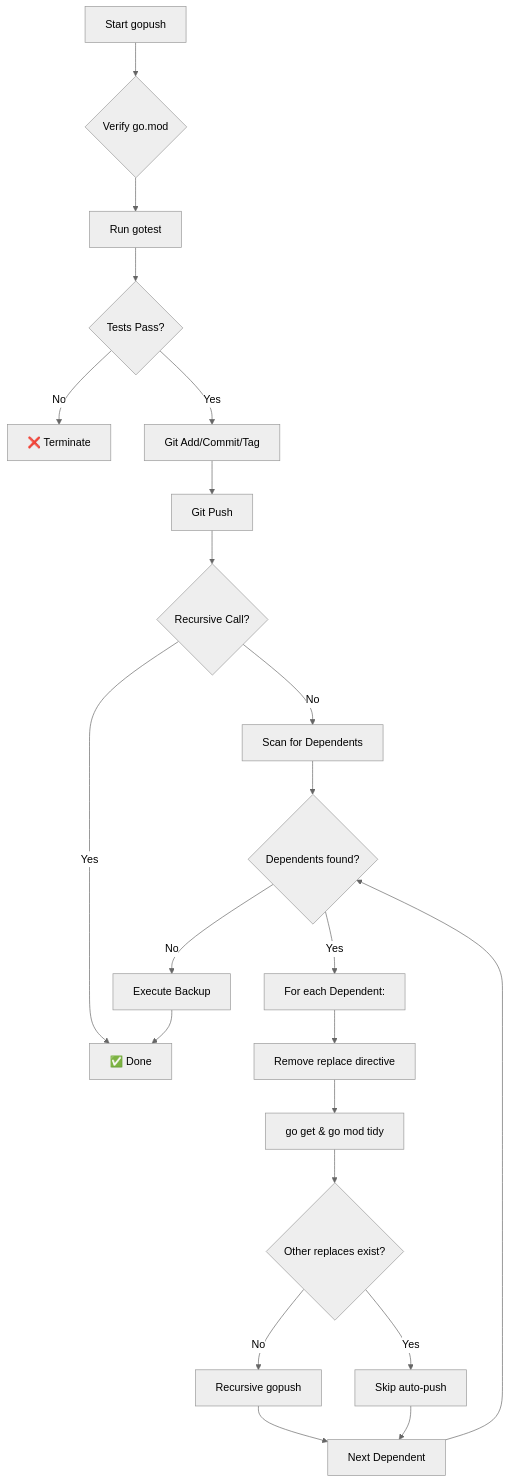
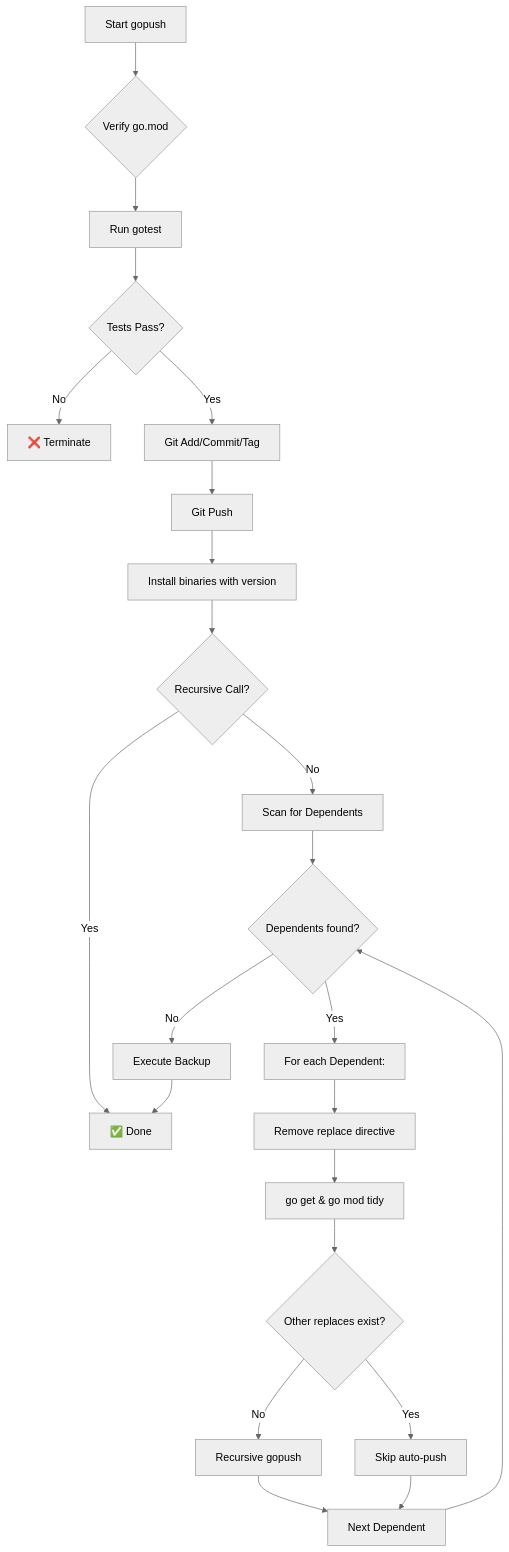
The diagram in docs/GOPUSH.md (tinywasm/devflow), drawn with Mermaid (neutral theme) before and after one commit. The commit also changed other lines of this file and 5 other files, not shown here.

Commit message:
feat: introduce `Go.Install` method for automated binary installation with version injection and integrate it into the `gopush` workflow.

````diff
--- a/docs/GOPUSH.md
+++ b/docs/GOPUSH.md
@@ -32,24 +33,25 @@
 ```mermaid
 graph TD
     A[Start gopush] --> B{Verify go.mod}
     B --> C[Run gotest]
     C --> D{Tests Pass?}
     D -- No --> E[❌ Terminate]
     D -- Yes --> F[Git Add/Commit/Tag]
     F --> G[Git Push]
-    G --> H{Recursive Call?}
+    G --> G1[Install binaries with version]
+    G1 --> H{Recursive Call?}
     H -- Yes --> M[✅ Done]
     H -- No --> I[Scan for Dependents]
     I --> J{Dependents found?}
     J -- Yes --> K[For each Dependent:]
     K --> K1[Remove replace directive]
     K1 --> K2[go get & go mod tidy]
     K2 --> K3{Other replaces exist?}
     K3 -- No --> K4[Recursive gopush]
     K3 -- Yes --> K5[Skip auto-push]
     K4 --> Z[Next Dependent]
     K5 --> Z
     Z --> J
     J -- No --> L[Execute Backup]
     L --> M
 ```
````
